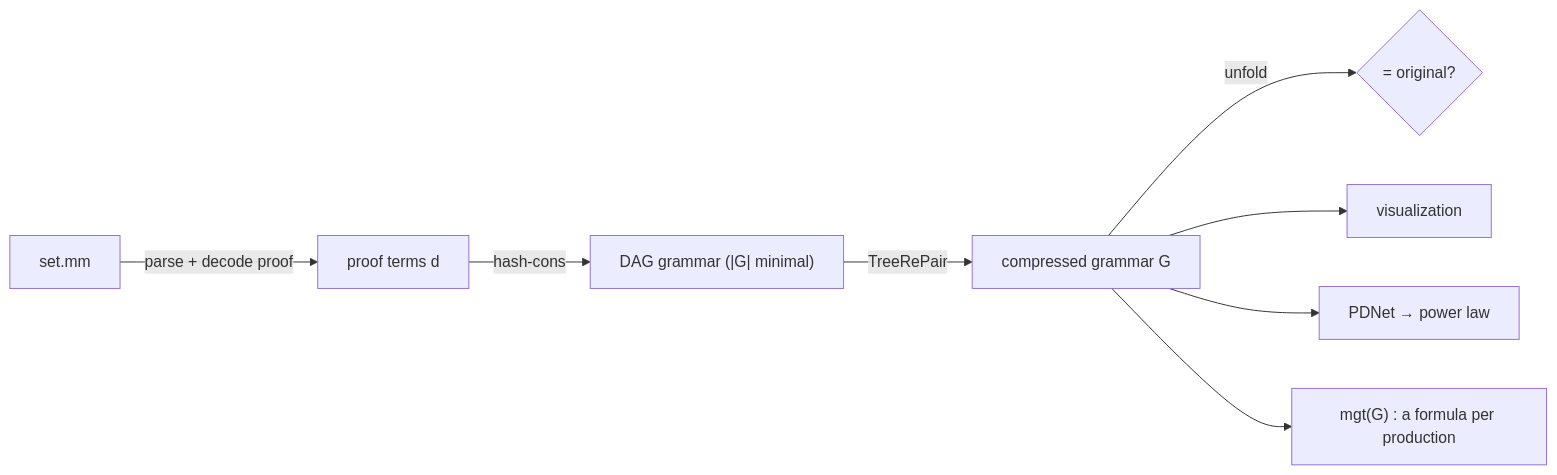
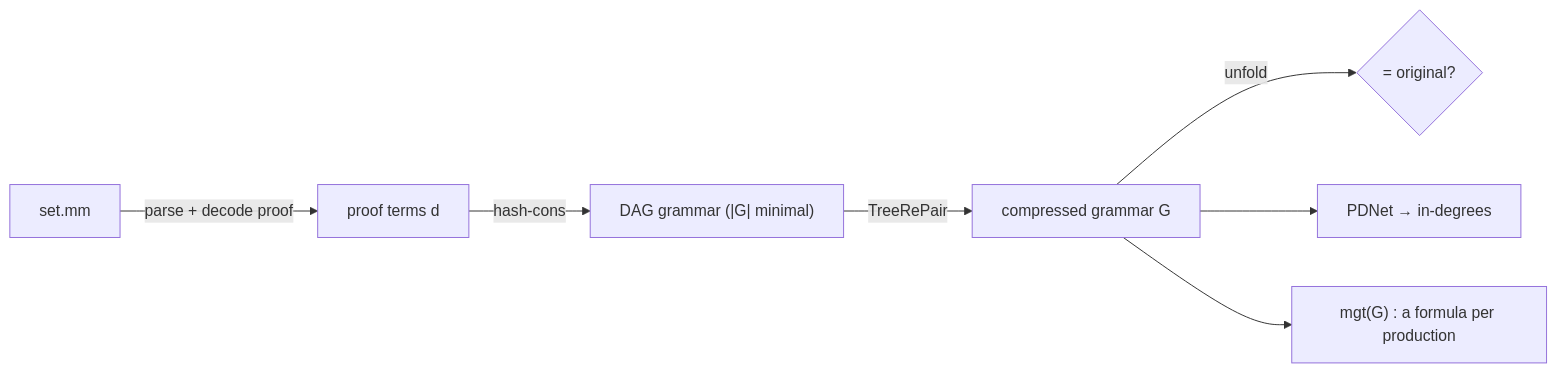
The first of 4 diagrams in README.md (zoux89/mini-logic), drawn with Mermaid before and after one commit. The commit also changed other lines of this file and 3 other files, not shown here.

````diff
--- a/README.md
+++ b/README.md
@@ -17,10 +17,9 @@
 ```mermaid
 flowchart LR
   MM["set.mm"] -->|parse + decode proof| PT["proof terms d"]
   PT -->|hash-cons| DAG["DAG grammar (|G| minimal)"]
   DAG -->|TreeRePair| GC["compressed grammar G"]
   GC -->|unfold| CHK{"= original?"}
-  GC --> VIZ["visualization"]
-  GC --> PDN["PDNet → power law"]
+  GC --> PDN["PDNet → in-degrees"]
   GC --> MGT["mgt(G) : a formula per production"]
 ```
````
